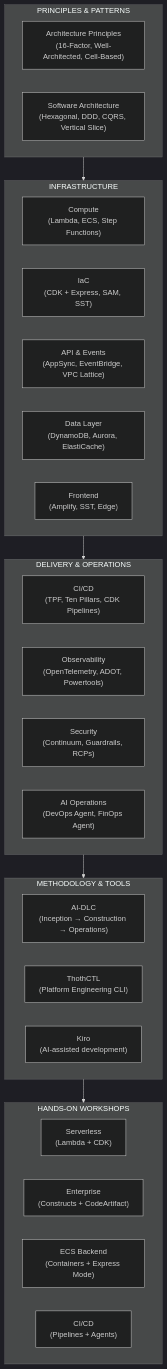
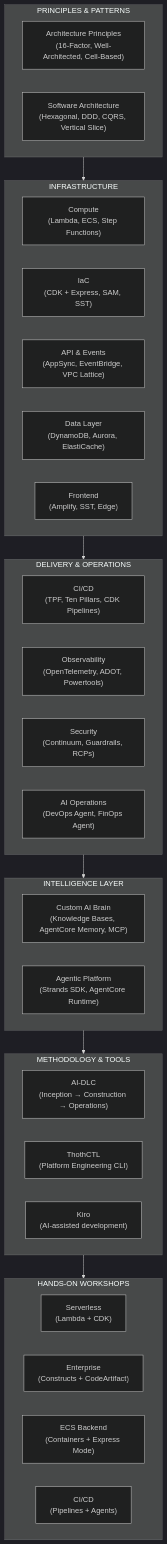
Before and after one commit to thothforge/cloud-native-framework: the first of 2 diagrams in docs/index.md, drawn with Mermaid (dark theme). The commit also changed other lines of this file and 24 other files, not shown here.

````diff
--- a/docs/index.md
+++ b/docs/index.md
@@ -19,36 +19,41 @@
 ```mermaid
 flowchart TD
     subgraph Principles["PRINCIPLES & PATTERNS"]
         ARCH["Architecture Principles<br/>(16-Factor, Well-Architected, Cell-Based)"]
         SW["Software Architecture<br/>(Hexagonal, DDD, CQRS, Vertical Slice)"]
     end
     subgraph Infrastructure["INFRASTRUCTURE"]
         COMPUTE["Compute<br/>(Lambda, ECS, Step Functions)"]
         IAC["IaC<br/>(CDK + Express, SAM, SST)"]
         API["API & Events<br/>(AppSync, EventBridge, VPC Lattice)"]
         DATA["Data Layer<br/>(DynamoDB, Aurora, ElastiCache)"]
         FRONT["Frontend<br/>(Amplify, SST, Edge)"]
     end
     subgraph Delivery["DELIVERY & OPERATIONS"]
         CICD["CI/CD<br/>(TPF, Ten Pillars, CDK Pipelines)"]
         OBS["Observability<br/>(OpenTelemetry, ADOT, Powertools)"]
         SEC["Security<br/>(Continuum, Guardrails, RCPs)"]
         AIOPS["AI Operations<br/>(DevOps Agent, FinOps Agent)"]
     end
+    subgraph Intelligence["INTELLIGENCE LAYER"]
+        BRAIN["Custom AI Brain<br/>(Knowledge Bases, AgentCore Memory, MCP)"]
+        AGENTS["Agentic Platform<br/>(Strands SDK, AgentCore Runtime)"]
+    end
     subgraph Methodology["METHODOLOGY & TOOLS"]
         AIDLC["AI-DLC<br/>(Inception → Construction → Operations)"]
         THOTH["ThothCTL<br/>(Platform Engineering CLI)"]
         KIRO["Kiro<br/>(AI-assisted development)"]
     end
     subgraph Workshops["HANDS-ON WORKSHOPS"]
         W1["Serverless<br/>(Lambda + CDK)"]
         W2["Enterprise<br/>(Constructs + CodeArtifact)"]
         W3["ECS Backend<br/>(Containers + Express Mode)"]
         W4["CI/CD<br/>(Pipelines + Agents)"]
     end
 
     Principles --> Infrastructure
     Infrastructure --> Delivery
-    Delivery --> Methodology
+    Delivery --> Intelligence
+    Intelligence --> Methodology
     Methodology --> Workshops
 ```
````
